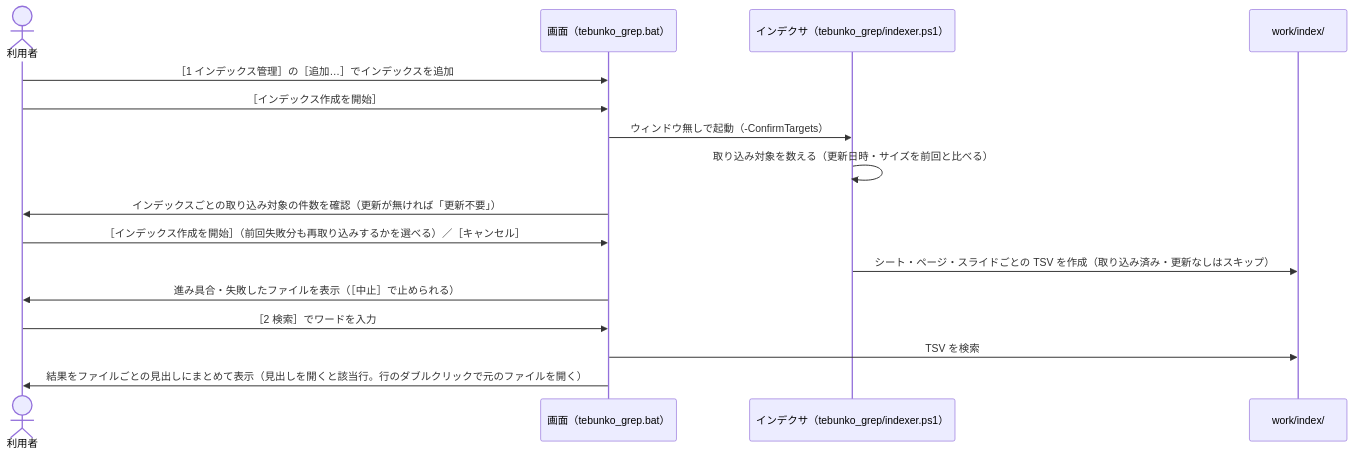
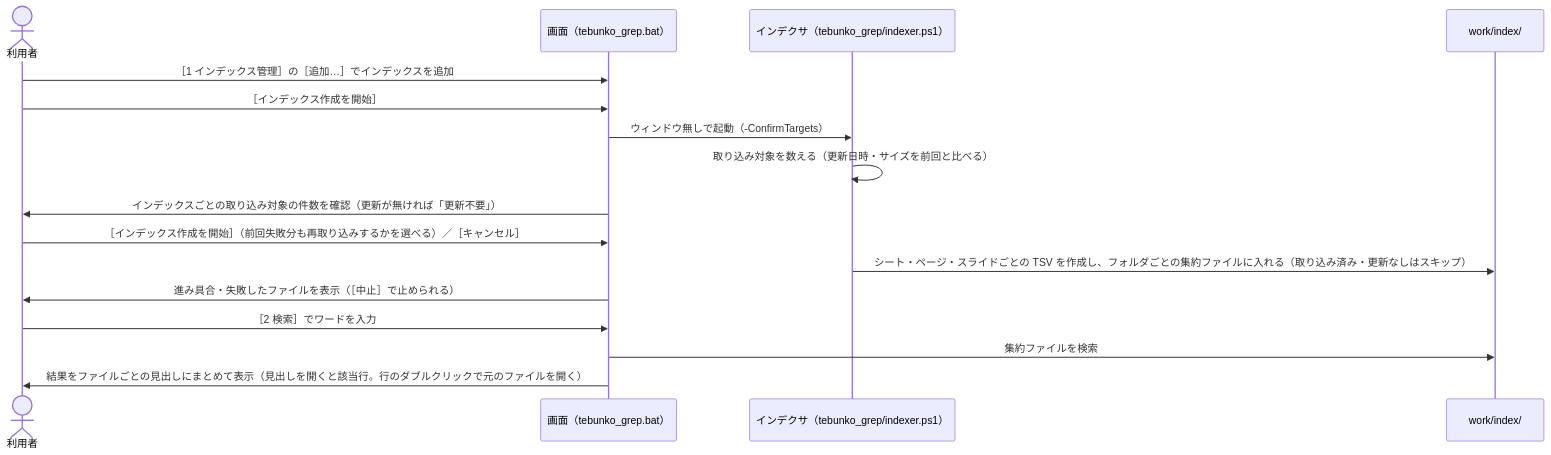
The second of 2 diagrams in docs/00_index.md (hsgwa/tebunko), drawn with Mermaid before and after one commit. The commit also changed other lines of this file and 53 other files, not shown here.

````diff
--- a/docs/00_index.md
+++ b/docs/00_index.md
@@ -159,19 +159,19 @@
 ```mermaid
 sequenceDiagram
     actor U as 利用者
     participant G as 画面（tebunko_grep.bat）
     participant CV as インデクサ（tebunko_grep/indexer.ps1）
     participant W as work/index/
 
     U->>G: ［1 インデックス管理］の［追加…］でインデックスを追加
     U->>G: ［インデックス作成を開始］
     G->>CV: ウィンドウ無しで起動（-ConfirmTargets）
     CV->>CV: 取り込み対象を数える（更新日時・サイズを前回と比べる）
     G->>U: インデックスごとの取り込み対象の件数を確認（更新が無ければ「更新不要」）
     U->>G: ［インデックス作成を開始］（前回失敗分も再取り込みするかを選べる）／［キャンセル］
-    CV->>W: シート・ページ・スライドごとの TSV を作成（取り込み済み・更新なしはスキップ）
+    CV->>W: シート・ページ・スライドごとの TSV を作成し、フォルダごとの集約ファイルに入れる（取り込み済み・更新なしはスキップ）
     G->>U: 進み具合・失敗したファイルを表示（［中止］で止められる）
     U->>G: ［2 検索］でワードを入力
-    G->>W: TSV を検索
+    G->>W: 集約ファイルを検索
     G->>U: 結果をファイルごとの見出しにまとめて表示（見出しを開くと該当行。行のダブルクリックで元のファイルを開く）
 ```
````
